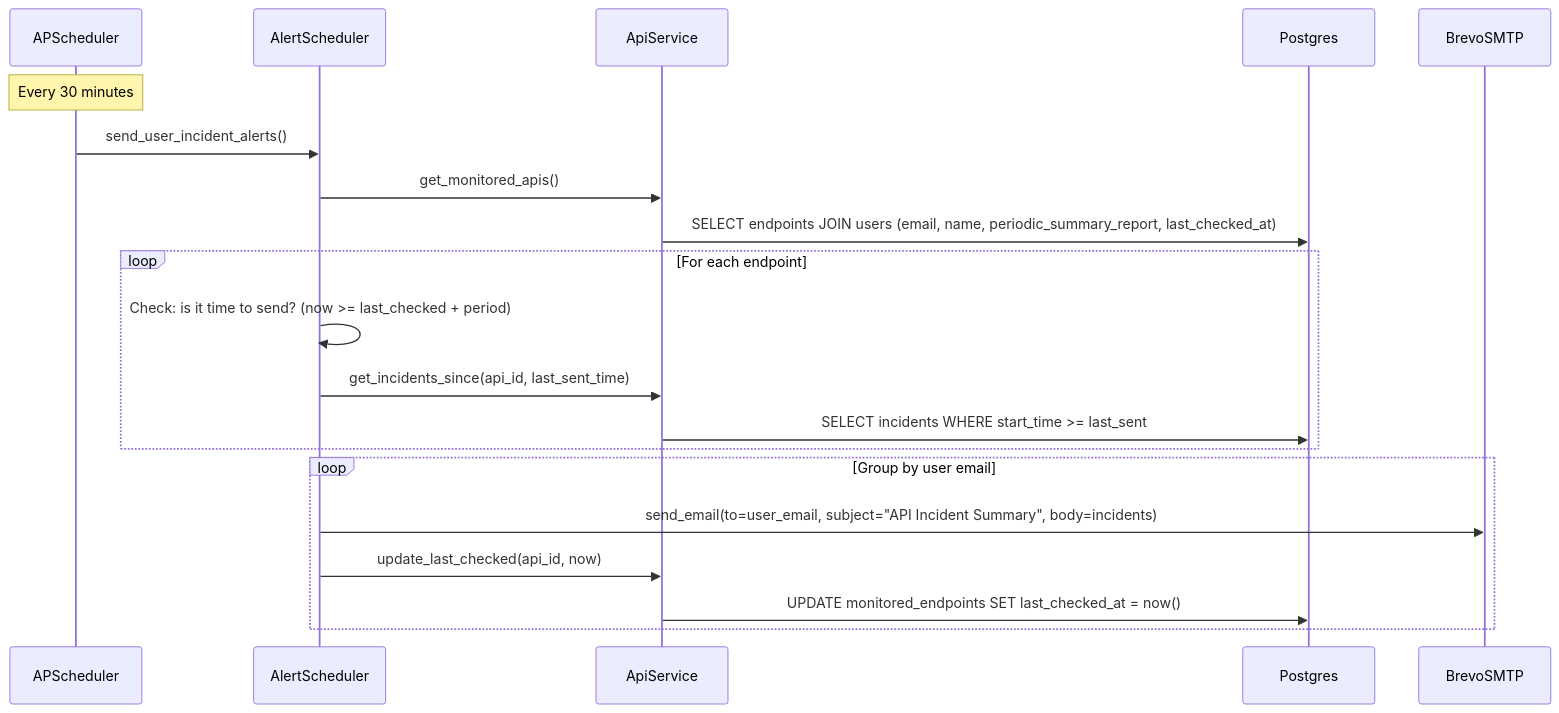
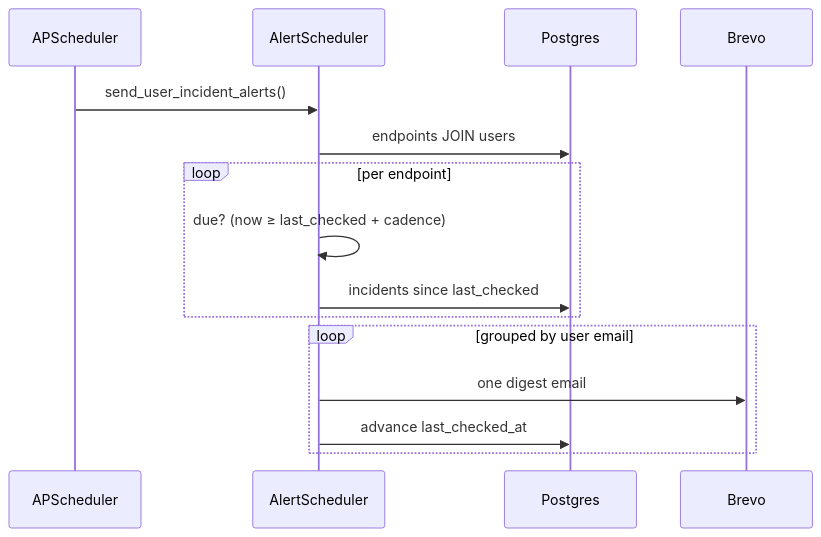
The seventh of 7 diagrams in docs/architecture.md (AryanHayaran/InternalApiMonitoringSystem), drawn with Mermaid before and after one commit. The commit also changed other lines of this file and 6 other files, not shown here.

````diff
--- a/docs/architecture.md
+++ b/docs/architecture.md
@@ -367,25 +390,18 @@
 ```mermaid
 sequenceDiagram
-    participant APScheduler
-    participant AlertScheduler
-    participant ApiService
-    participant Postgres
-    participant BrevoSMTP
+    participant S as APScheduler
+    participant A as AlertScheduler
+    participant PG as Postgres
+    participant SMTP as Brevo
 
-    Note over APScheduler: Every 30 minutes
-    APScheduler->>AlertScheduler: send_user_incident_alerts()
-    AlertScheduler->>ApiService: get_monitored_apis()
-    ApiService->>Postgres: SELECT endpoints JOIN users (email, name, periodic_summary_report, last_checked_at)
-
-    loop For each endpoint
-        AlertScheduler->>AlertScheduler: Check: is it time to send? (now >= last_checked + period)
-        AlertScheduler->>ApiService: get_incidents_since(api_id, last_sent_time)
-        ApiService->>Postgres: SELECT incidents WHERE start_time >= last_sent
+    S->>A: send_user_incident_alerts()
+    A->>PG: endpoints JOIN users
+    loop per endpoint
+        A->>A: due? (now ≥ last_checked + cadence)
+        A->>PG: incidents since last_checked
     end
-
-    loop Group by user email
-        AlertScheduler->>BrevoSMTP: send_email(to=user_email, subject="API Incident Summary", body=incidents)
-        AlertScheduler->>ApiService: update_last_checked(api_id, now)
-        ApiService->>Postgres: UPDATE monitored_endpoints SET last_checked_at = now()
+    loop grouped by user email
+        A->>SMTP: one digest email
+        A->>PG: advance last_checked_at
     end
 ```
````
